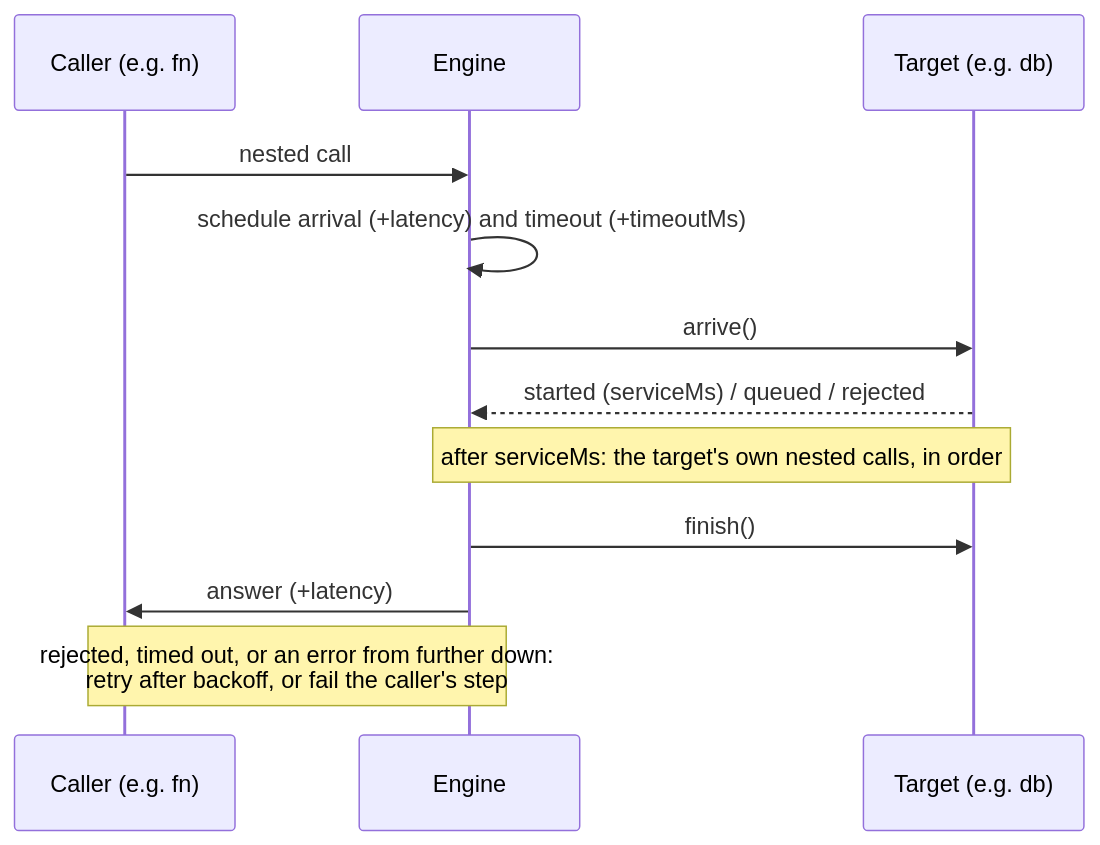
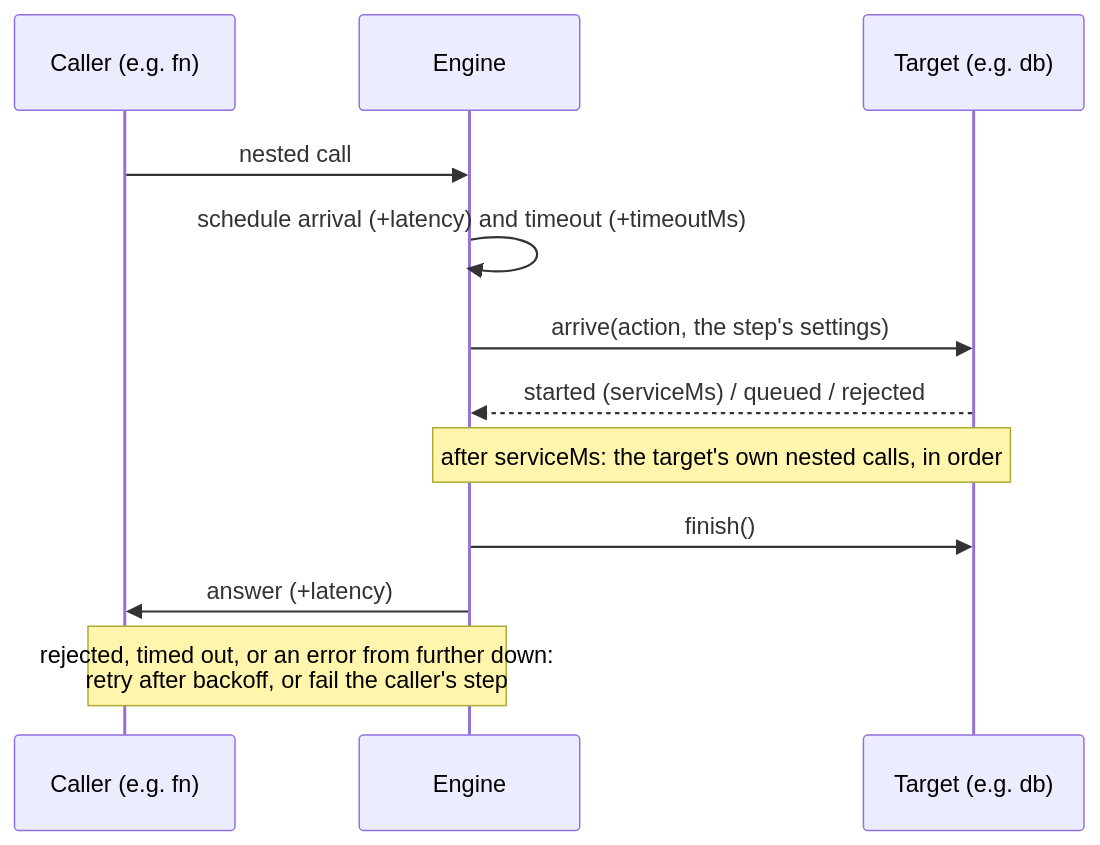
Before and after one commit to alanbickel/wind-tunnel: the seventh of 7 diagrams in docs/architecture/simulation-engine.md, drawn with Mermaid. The commit also changed other lines of this file and 46 other files, not shown here.

Commit message:
feat(domain): pass a step's request settings to the component's arrive (#307)

````diff
--- a/docs/architecture/simulation-engine.md
+++ b/docs/architecture/simulation-engine.md
@@ -264,14 +265,14 @@
 ```mermaid
 sequenceDiagram
     participant C as Caller (e.g. fn)
     participant E as Engine
     participant T as Target (e.g. db)
     C->>E: nested call
     E->>E: schedule arrival (+latency) and timeout (+timeoutMs)
-    E->>T: arrive()
+    E->>T: arrive(action, the step's settings)
     T-->>E: started (serviceMs) / queued / rejected
     Note over E,T: after serviceMs: the target's own nested calls, in order
     E->>T: finish()
     E->>C: answer (+latency)
     Note over C,E: rejected, timed out, or an error from further down:<br/>retry after backoff, or fail the caller's step
 ```
````
